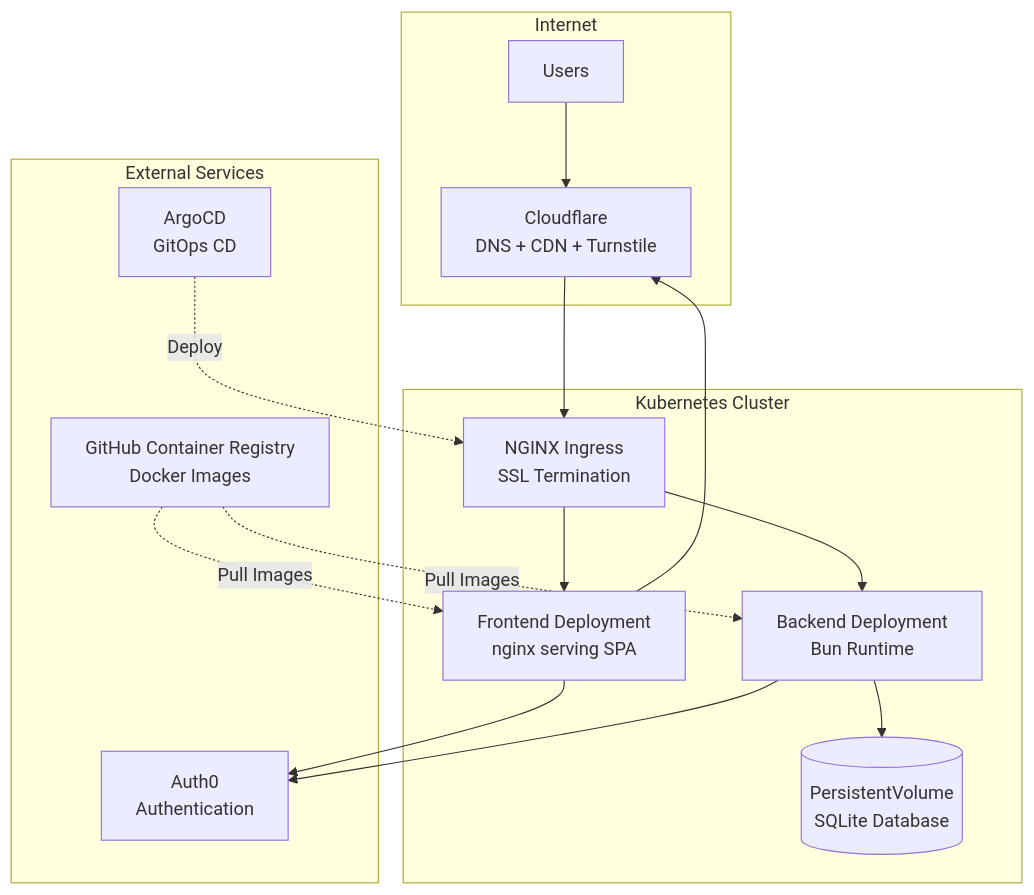
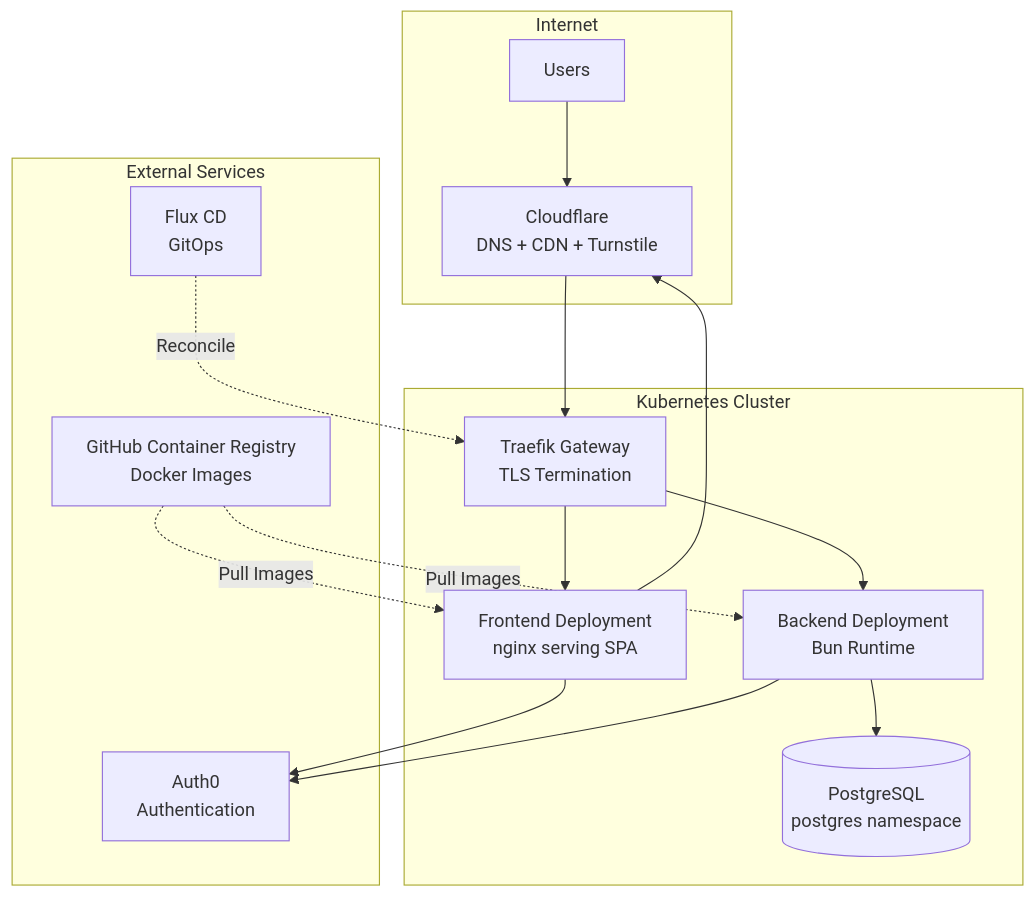
One commit to m-gora/bandcheck changed the diagram in architecture/deployment.adoc. Above: the diagram before and after it, drawn with Mermaid. The commit also changed other lines of this file and 39 other files, not shown here.

Commit message:
feat: migrate Bandcheck to PostgreSQL and Gateway API

```diff
--- a/architecture/deployment.adoc
+++ b/architecture/deployment.adoc
@@ -9,35 +9,35 @@
 [mermaid]
 ....
 graph TB
     subgraph Internet
         Users[Users]
         CF[Cloudflare<br/>DNS + CDN + Turnstile]
     end
     
     subgraph Kubernetes Cluster
-        Ingress[NGINX Ingress<br/>SSL Termination]
+        Gateway[Traefik Gateway<br/>TLS Termination]
         FE[Frontend Deployment<br/>nginx serving SPA]
         BE[Backend Deployment<br/>Bun Runtime]
-        PV[(PersistentVolume<br/>SQLite Database)]
+        PG[(PostgreSQL<br/>postgres namespace)]
         
-        Ingress --> FE
-        Ingress --> BE
-        BE --> PV
+        Gateway --> FE
+        Gateway --> BE
+        BE --> PG
     end
     
     subgraph External Services
         Auth0[Auth0<br/>Authentication]
         GHCR[GitHub Container Registry<br/>Docker Images]
-        ArgoCD[ArgoCD<br/>GitOps CD]
+        Flux[Flux CD<br/>GitOps]
     end
     
     Users --> CF
-    CF --> Ingress
+    CF --> Gateway
     FE --> Auth0
     BE --> Auth0
     FE --> CF
     
     GHCR -.->|Pull Images| FE
     GHCR -.->|Pull Images| BE
-    ArgoCD -.->|Deploy| Ingress
+    Flux -.->|Reconcile| Gateway
 ....
```
